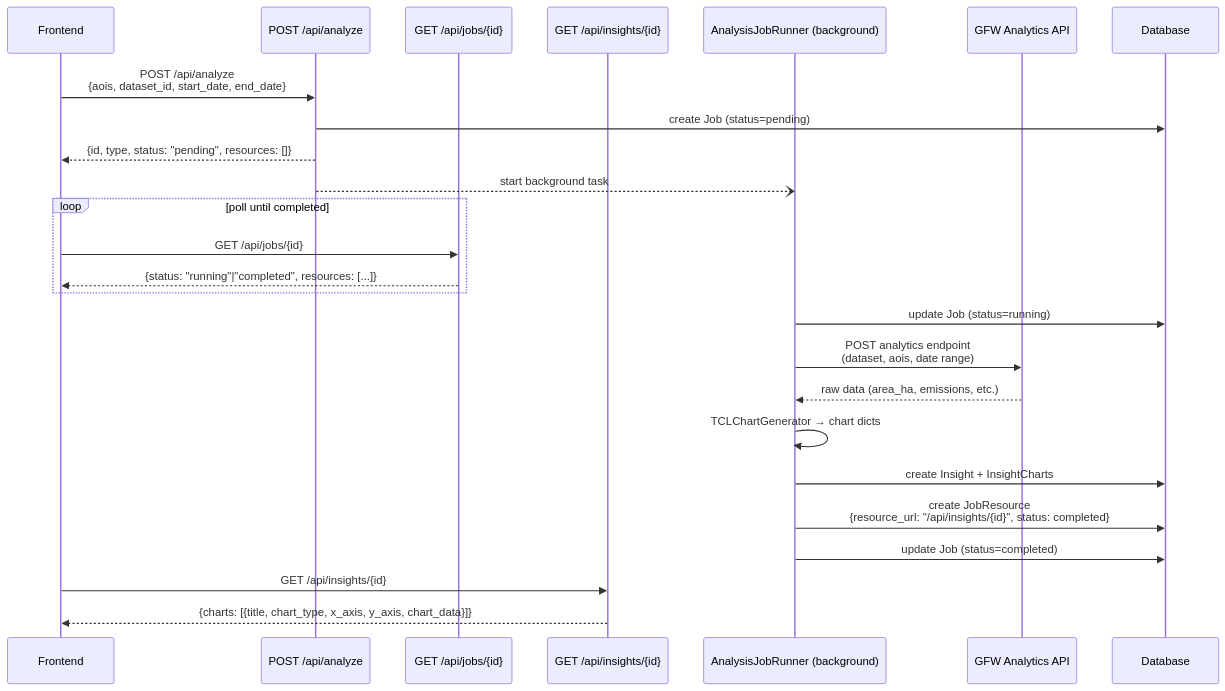
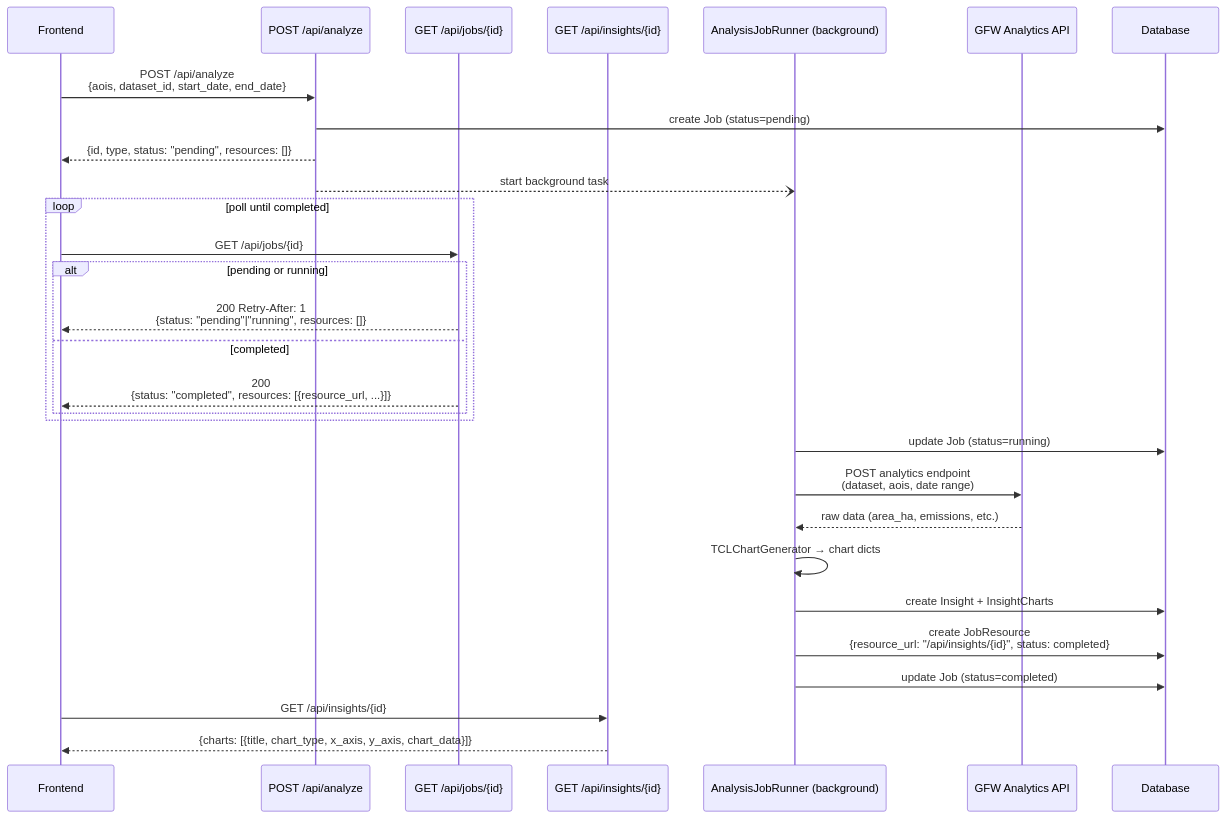
One commit to wri/project-zeno changed the diagram in src/api/docs/analyze_flow.md. Above: the diagram before and after it, drawn with Mermaid. The commit also changed 1 other file, not shown here.

Commit message:
Add Retry-After header

````diff
--- a/src/api/docs/analyze_flow.md
+++ b/src/api/docs/analyze_flow.md
@@ -9,31 +9,35 @@
 ```mermaid
 sequenceDiagram
     participant FE as Frontend
     participant API as POST /api/analyze
     participant Jobs as GET /api/jobs/{id}
     participant Insights as GET /api/insights/{id}
     participant BG as AnalysisJobRunner (background)
     participant Analytics as GFW Analytics API
     participant DB as Database
 
     FE->>API: POST /api/analyze<br/>{aois, dataset_id, start_date, end_date}
     API->>DB: create Job (status=pending)
     API-->>FE: {id, type, status: "pending", resources: []}
     API--)BG: start background task
 
     loop poll until completed
         FE->>Jobs: GET /api/jobs/{id}
-        Jobs-->>FE: {status: "running"|"completed", resources: [...]}
+        alt pending or running
+            Jobs-->>FE: 200 Retry-After: 1<br/>{status: "pending"|"running", resources: []}
+        else completed
+            Jobs-->>FE: 200<br/>{status: "completed", resources: [{resource_url, ...}]}
+        end
     end
 
     BG->>DB: update Job (status=running)
     BG->>Analytics: POST analytics endpoint<br/>(dataset, aois, date range)
     Analytics-->>BG: raw data (area_ha, emissions, etc.)
     BG->>BG: TCLChartGenerator → chart dicts
     BG->>DB: create Insight + InsightCharts
     BG->>DB: create JobResource<br/>{resource_url: "/api/insights/{id}", status: completed}
     BG->>DB: update Job (status=completed)
 
     FE->>Insights: GET /api/insights/{id}
     Insights-->>FE: {charts: [{title, chart_type, x_axis, y_axis, chart_data}]}
 ```
````
